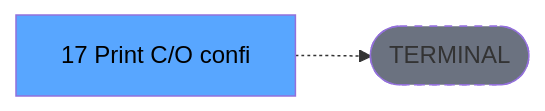
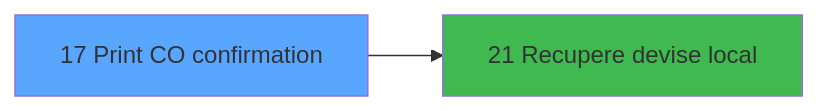
Before and after one commit to thonyAGP/magic-migration: the third of 3 diagrams in .openspec/specs/ADH-IDE-17.md, drawn with Mermaid. The commit also changed other lines of this file and 253 other files, not shown here.

````diff
--- a/.openspec/specs/ADH-IDE-17.md
+++ b/.openspec/specs/ADH-IDE-17.md
@@ -136,8 +400,8 @@
 ```mermaid
 graph LR
-    T[17 Print C/O confi]
-    TERM([TERMINAL])
-    T -.-> TERM
-    style TERM fill:#6b7280,stroke-dasharray: 5 5
-    style T fill:#58a6ff,color:#000
+    T17[17 Print CO confirmation]
+    style T17 fill:#58a6ff
+    C21[21 Recupere devise local]
+    T17 --> C21
+    style C21 fill:#3fb950
 ```
````
